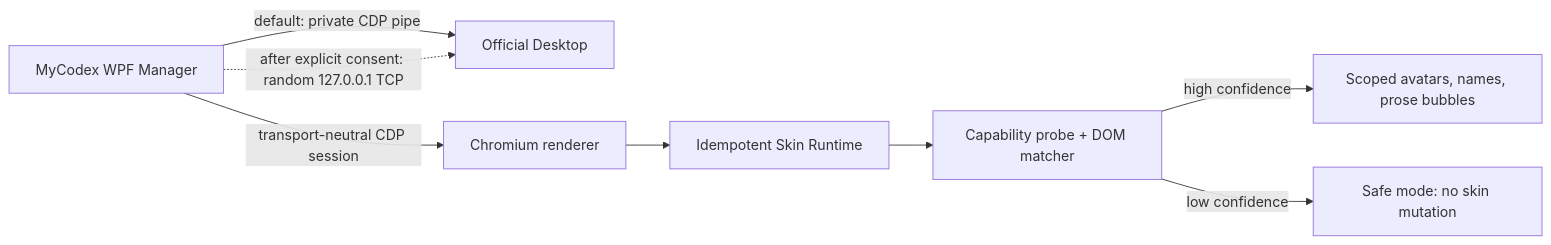
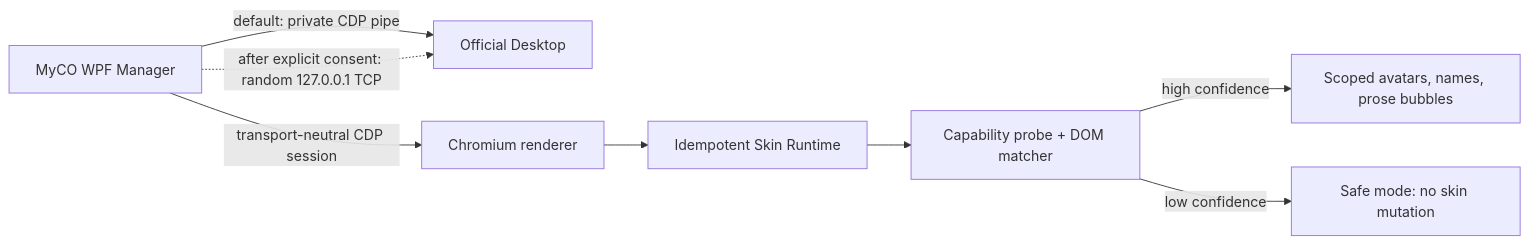
One commit to crikok0721/MyCO changed the first of 2 diagrams in README.en-US.md. Above: the diagram before and after it, drawn with Mermaid. The commit also changed other lines of this file and 271 other files, not shown here.

````diff
--- a/README.en-US.md
+++ b/README.en-US.md
@@ -51,10 +53,10 @@
 ```mermaid
 flowchart LR
-  M["MyCodex WPF Manager"] -->|"default: private CDP pipe"| D["Official Desktop"]
+  M["MyCO WPF Manager"] -->|"default: private CDP pipe"| D["Official Desktop"]
   M -. "after explicit consent: random 127.0.0.1 TCP" .-> D
   M -->|"transport-neutral CDP session"| R["Chromium renderer"]
   R --> I["Idempotent Skin Runtime"]
   I --> P["Capability probe + DOM matcher"]
   P -->|"high confidence"| S["Scoped avatars, names, prose bubbles"]
   P -->|"low confidence"| F["Safe mode: no skin mutation"]
 ```
````
